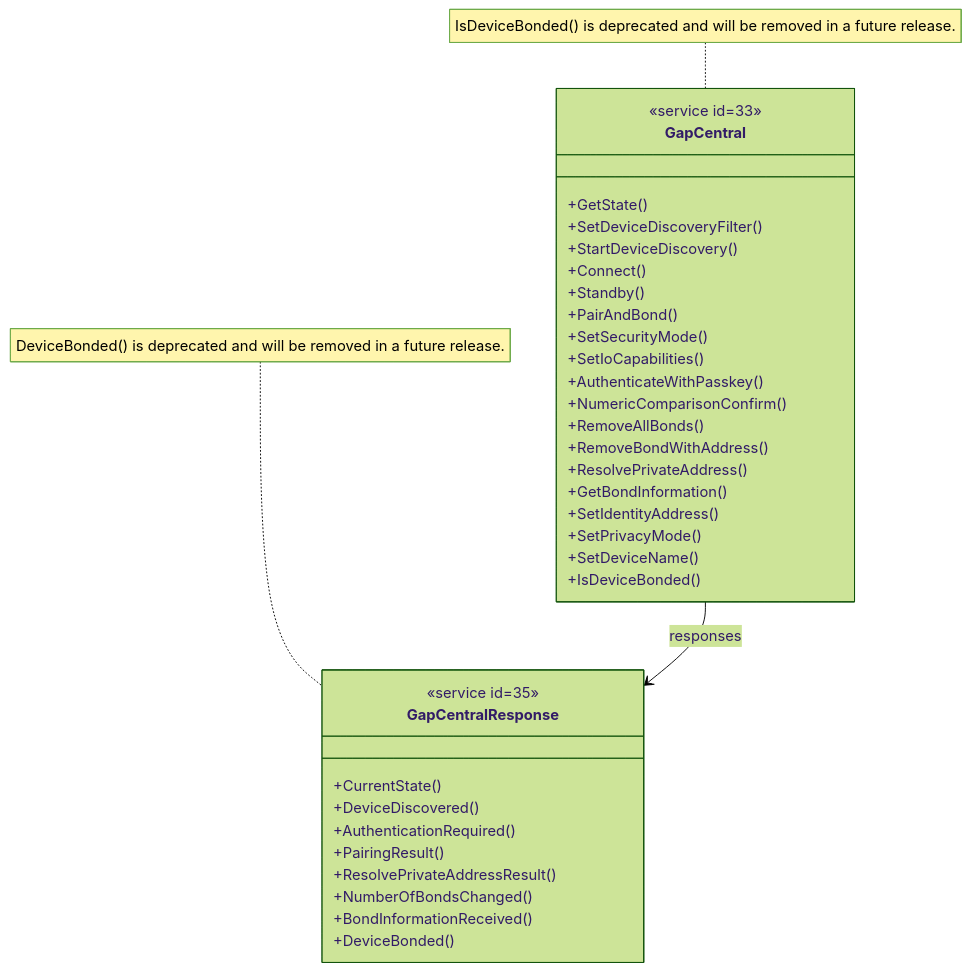
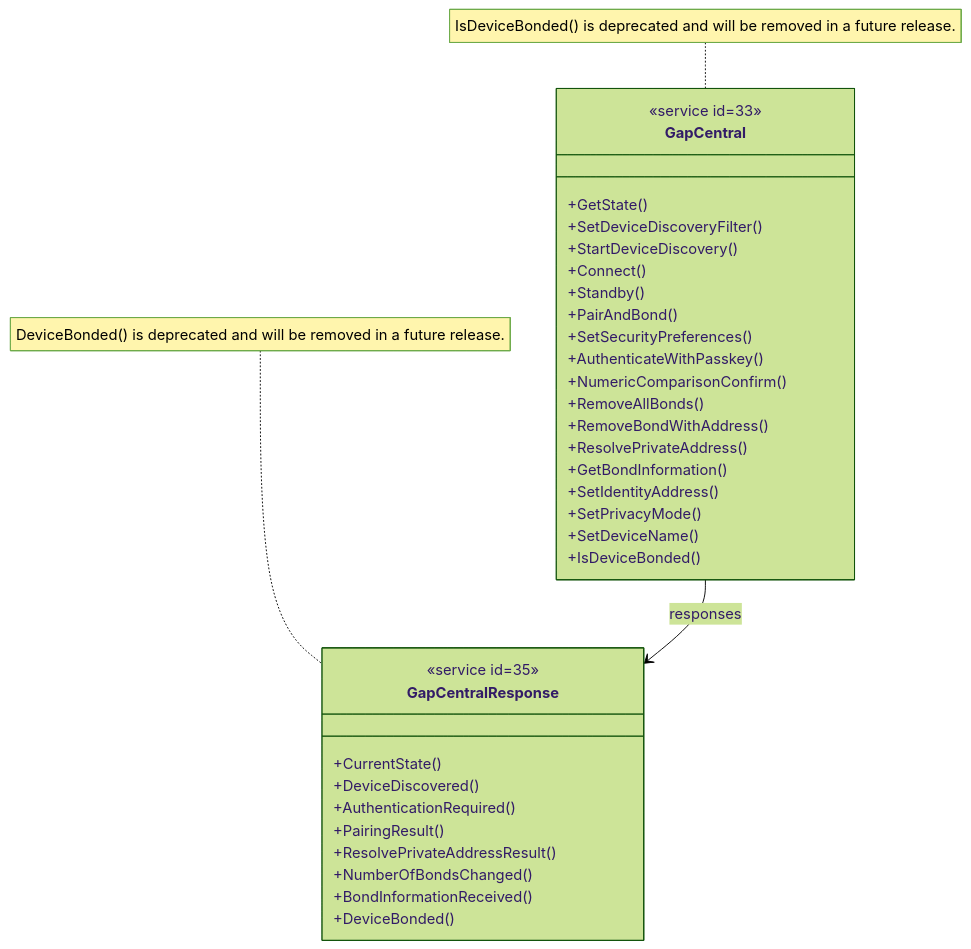
Before and after one commit to philips-software/amp-embedded-infra-lib: the diagram in documents/modules/ROOT/partials/echoservices/gap_central/GapCentral_class.mmd, drawn with Mermaid (forest theme). The commit also changed 5 other files, not shown here.

```diff
--- a/documents/modules/ROOT/partials/echoservices/gap_central/GapCentral_class.mmd
+++ b/documents/modules/ROOT/partials/echoservices/gap_central/GapCentral_class.mmd
@@ -1,36 +1,35 @@
 classDiagram
     class GapCentral {
         <<service id=33>>
         +GetState()
         +SetDeviceDiscoveryFilter()
         +StartDeviceDiscovery()
         +Connect()
         +Standby()
         +PairAndBond()
-        +SetSecurityMode()
-        +SetIoCapabilities()
+        +SetSecurityPreferences()
         +AuthenticateWithPasskey()
         +NumericComparisonConfirm()
         +RemoveAllBonds()
         +RemoveBondWithAddress()
         +ResolvePrivateAddress()
         +GetBondInformation()
         +SetIdentityAddress()
         +SetPrivacyMode()
         +SetDeviceName()
         +IsDeviceBonded()
     }
     class GapCentralResponse {
         <<service id=35>>
         +CurrentState()
         +DeviceDiscovered()
         +AuthenticationRequired()
         +PairingResult()
         +ResolvePrivateAddressResult()
         +NumberOfBondsChanged()
         +BondInformationReceived()
         +DeviceBonded()
     }
     GapCentral --> GapCentralResponse : responses
     note for GapCentral "IsDeviceBonded() is deprecated and will be removed in a future release."
     note for GapCentralResponse "DeviceBonded() is deprecated and will be removed in a future release."
```
